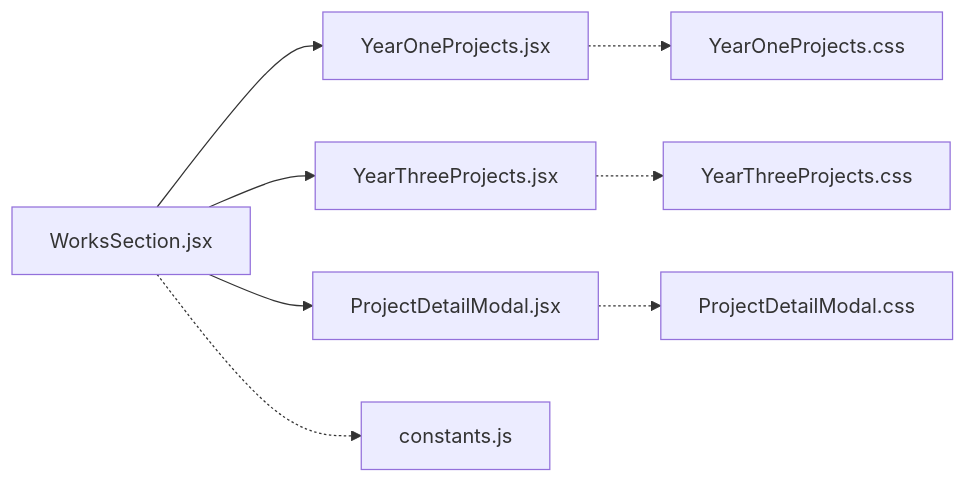
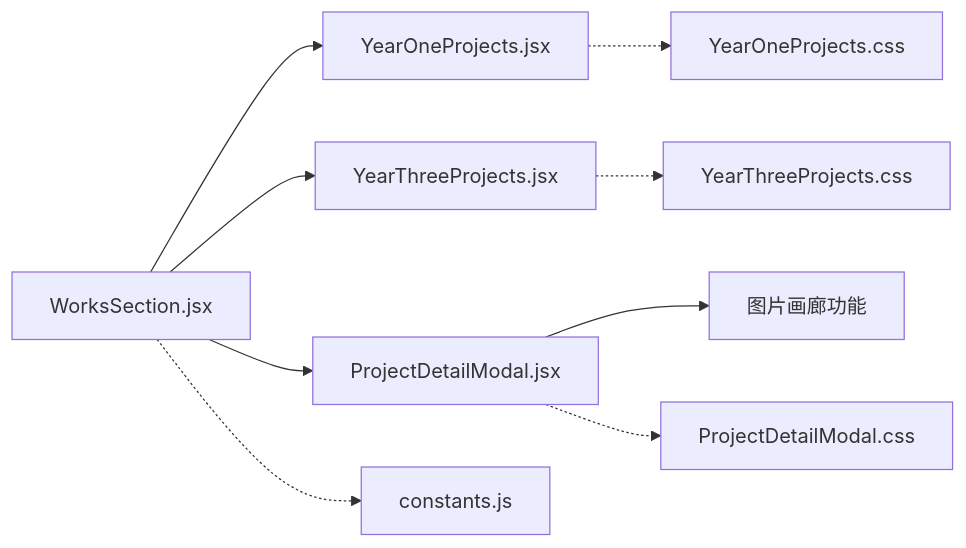
Before and after one commit to lithos666/lithos666.github.io: the fourth of 4 diagrams in .qoder/repowiki/zh/content/核心功能模块/作品展示组件/作品展示主组件.md, drawn with Mermaid. The commit also changed other lines of this file and 30 other files, not shown here.

````diff
--- a/.qoder/repowiki/zh/content/核心功能模块/作品展示组件/作品展示主组件.md
+++ b/.qoder/repowiki/zh/content/核心功能模块/作品展示组件/作品展示主组件.md
@@ -206,10 +228,11 @@
 ```mermaid
 graph LR
 WS["WorksSection.jsx"] --> Y1["YearOneProjects.jsx"]
 WS --> Y3["YearThreeProjects.jsx"]
 WS --> PM["ProjectDetailModal.jsx"]
+PM --> IG["图片画廊功能"]
 WS -.-> C["constants.js"]
 Y1 -.-> Y1CSS["YearOneProjects.css"]
 Y3 -.-> Y3CSS["YearThreeProjects.css"]
 PM -.-> PMCSS["ProjectDetailModal.css"]
 ```
````
